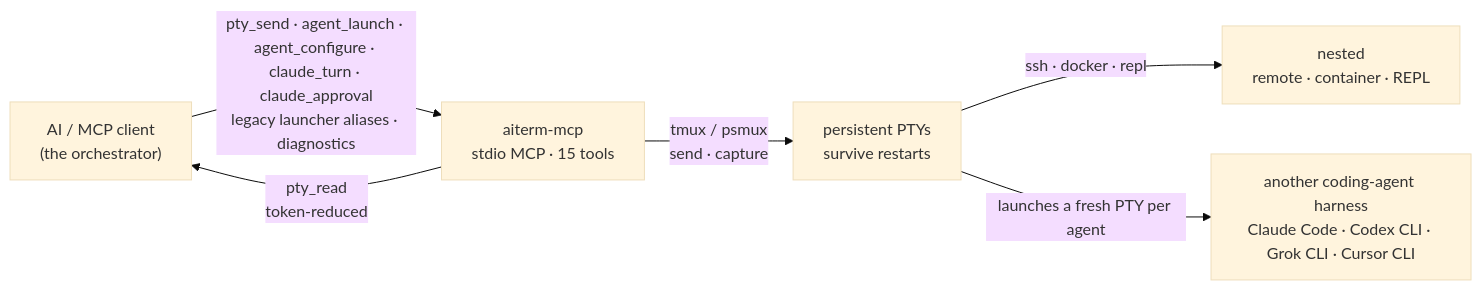
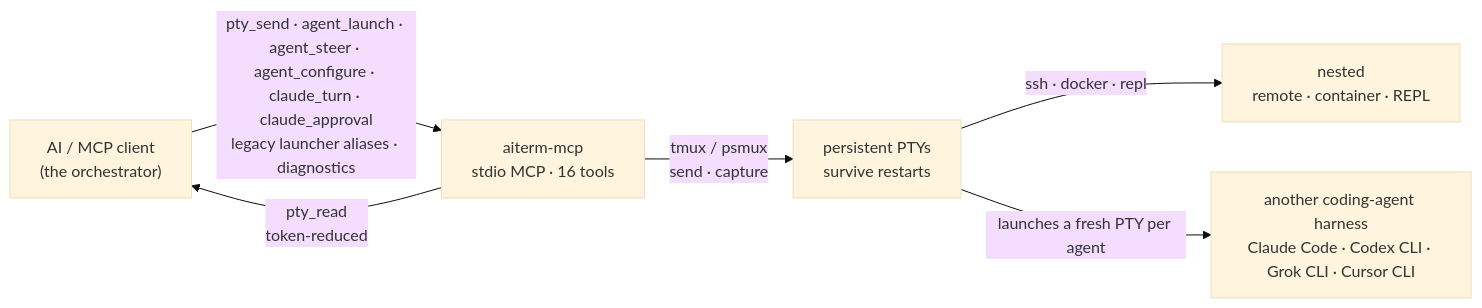
Before and after one commit to kitepon-rgb/aiterm-mcp: the diagram in README.md, drawn with Mermaid (base theme). The commit also changed other lines of this file and 12 other files, not shown here.

````diff
--- a/README.md
+++ b/README.md
@@ -358,8 +358,8 @@
 ```mermaid
 flowchart LR
-    AI["AI / MCP client<br/>(the orchestrator)"] -->|"pty_send · agent_launch · agent_configure · claude_turn · claude_approval<br/>legacy launcher aliases · diagnostics"| S["aiterm-mcp<br/>stdio MCP · 15 tools"]
+    AI["AI / MCP client<br/>(the orchestrator)"] -->|"pty_send · agent_launch · agent_steer · agent_configure · claude_turn · claude_approval<br/>legacy launcher aliases · diagnostics"| S["aiterm-mcp<br/>stdio MCP · 16 tools"]
     S -->|"pty_read<br/>token-reduced"| AI
     S -->|"tmux / psmux<br/>send · capture"| P["persistent PTYs<br/>survive restarts"]
     P -->|"ssh · docker · repl"| R["nested<br/>remote · container · REPL"]
     P -->|"launches a fresh PTY per agent"| A["another coding-agent harness<br/>Claude Code · Codex CLI · Grok CLI · Cursor CLI"]
 ```
````
